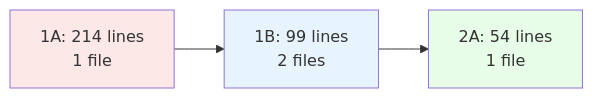
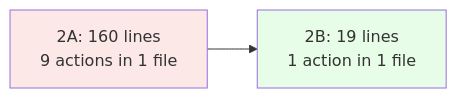
Before and after one commit to railswhey/app: the second of 2 diagrams in README.md, drawn with Mermaid. The commit also changed other lines of this file and 33 other files, not shown here.

````diff
--- a/README.md
+++ b/README.md
@@ -227,7 +162,6 @@
 ```mermaid
 flowchart LR
-  A["1A: 214 lines<br/>1 file"] --> B["1B: 99 lines<br/>2 files"] --> C["2A: 54 lines<br/>1 file"]
+  A["2A: 160 lines<br/>9 actions in 1 file"] --> B["2B: 19 lines<br/>1 action in 1 file"]
   style A fill:#fde8e8
-  style B fill:#e8f4fd
-  style C fill:#e8fde8
+  style B fill:#e8fde8
 ```
````
